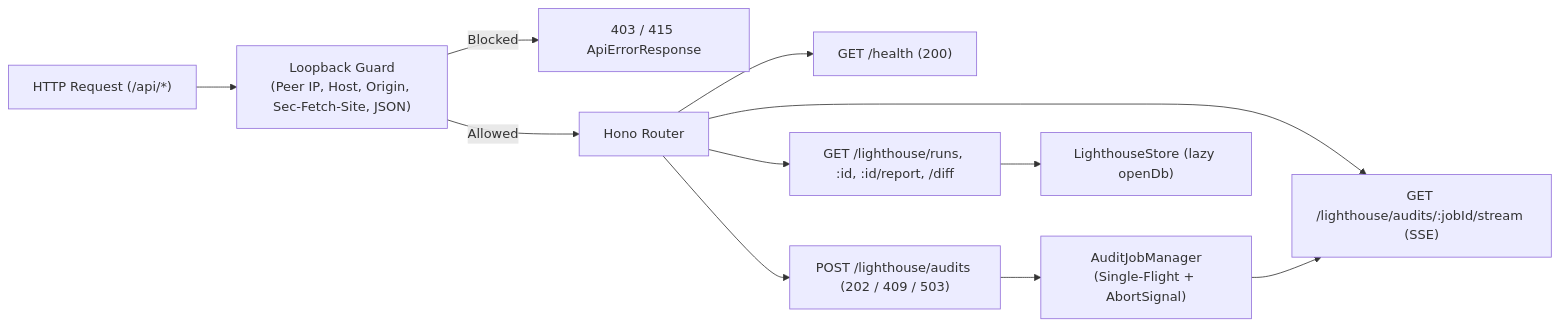
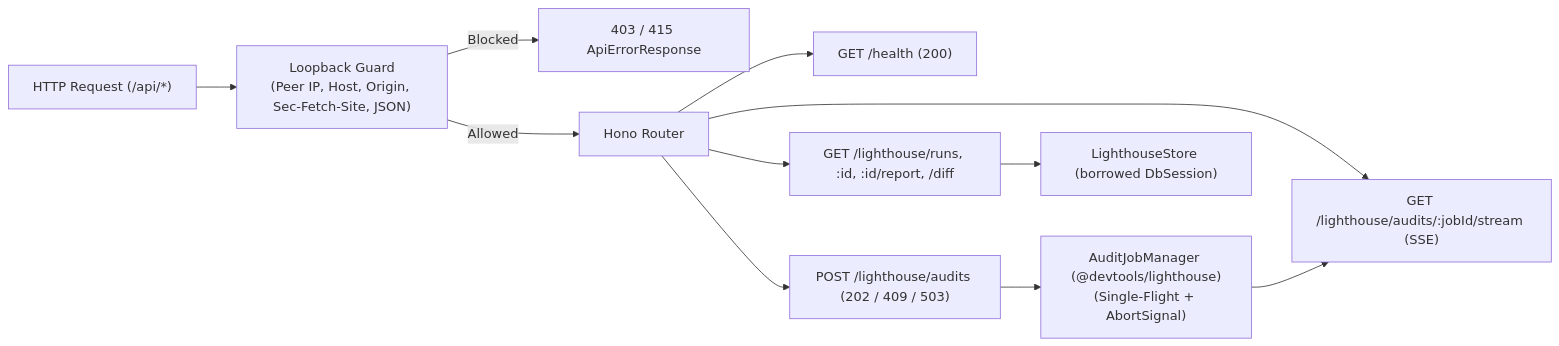
One commit to ahmedhanye/devtools changed the diagram in docs/architecture/api.md. Above: the diagram before and after it, drawn with Mermaid. The commit also changed other lines of this file and 5 other files, not shown here.

Commit message:
docs(architecture): sync architecture guides with layer 2 lifecycle

````diff
--- a/docs/architecture/api.md
+++ b/docs/architecture/api.md
@@ -20,13 +20,13 @@
 ```mermaid
 flowchart LR
   Req["HTTP Request (/api/*)"] --> Guard["Loopback Guard<br/>(Peer IP, Host, Origin, Sec-Fetch-Site, JSON)"]
   Guard -- Blocked --> Err403["403 / 415 ApiErrorResponse"]
   Guard -- Allowed --> Router["Hono Router"]
   Router --> Health["GET /health (200)"]
   Router --> Trigger["POST /lighthouse/audits (202 / 409 / 503)"]
   Router --> Stream["GET /lighthouse/audits/:jobId/stream (SSE)"]
   Router --> Runs["GET /lighthouse/runs, :id, :id/report, /diff"]
-  Trigger --> JobMgr["AuditJobManager<br/>(Single-Flight + AbortSignal)"]
+  Trigger --> JobMgr["AuditJobManager (@devtools/lighthouse)<br/>(Single-Flight + AbortSignal)"]
   JobMgr --> Stream
-  Runs --> Store["LighthouseStore (lazy openDb)"]
+  Runs --> Store["LighthouseStore (borrowed DbSession)"]
 ```
````
